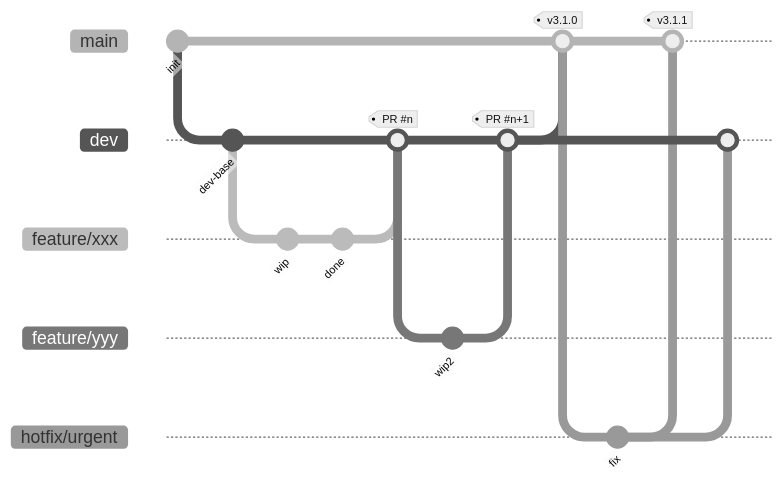
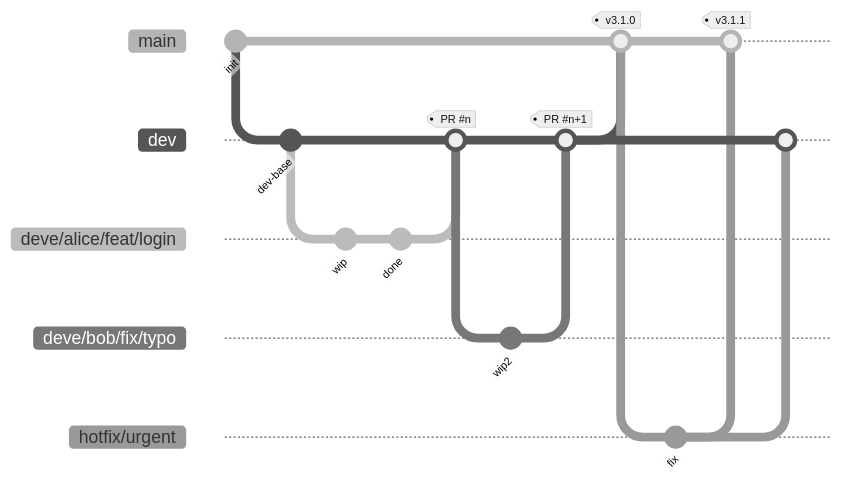
Before and after one commit to Rain0832/RainCppAI: the diagram in DEVELOP_STANDARD.md, drawn with Mermaid (neutral theme). The commit also changed other lines of this file, not shown here.

First line of the commit message:
docs(standard): adopt deve/<username>/<type>/<desc> branch naming, align with issue #4

````diff
--- a/DEVELOP_STANDARD.md
+++ b/DEVELOP_STANDARD.md
@@ -421,27 +421,27 @@
 ```mermaid
 gitGraph
    commit id: "init"
    branch dev
    checkout dev
    commit id: "dev-base"
-   branch feature/xxx
-   checkout feature/xxx
+   branch deve/alice/feat/login
+   checkout deve/alice/feat/login
    commit id: "wip"
    commit id: "done"
    checkout dev
-   merge feature/xxx tag: "PR #n"
-   branch feature/yyy
-   checkout feature/yyy
+   merge deve/alice/feat/login tag: "PR #n"
+   branch deve/bob/fix/typo
+   checkout deve/bob/fix/typo
    commit id: "wip2"
    checkout dev
-   merge feature/yyy tag: "PR #n+1"
+   merge deve/bob/fix/typo tag: "PR #n+1"
    checkout main
    merge dev tag: "v3.1.0"
    branch hotfix/urgent
    checkout hotfix/urgent
    commit id: "fix"
    checkout main
    merge hotfix/urgent tag: "v3.1.1"
    checkout dev
    merge hotfix/urgent
 ```
````
